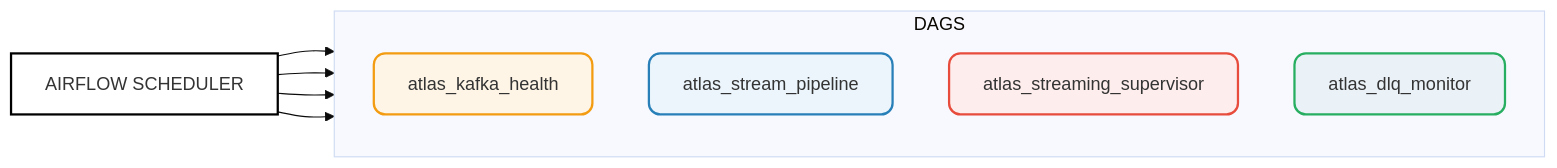
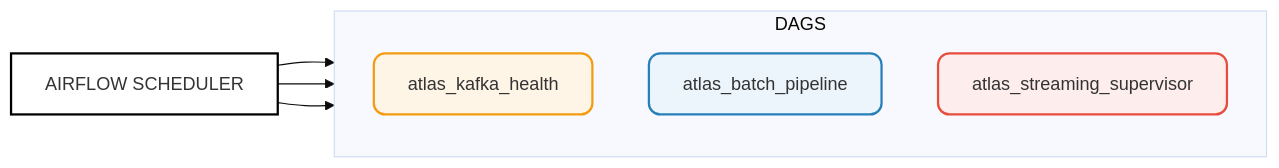
One commit to neithium/ATLAS changed the second of 2 diagrams in docs/Streaming/README.md. Above: the diagram before and after it, drawn with Mermaid (base theme). The commit also changed other lines of this file and 1 other file, not shown here.

````diff
--- a/docs/Streaming/README.md
+++ b/docs/Streaming/README.md
@@ -89,27 +90,23 @@
 ```mermaid
 graph LR
     subgraph DAGS [DAGS]
         direction TB
         dag1["atlas_kafka_health"]
-        dag2["atlas_stream_pipeline"]
+        dag2["atlas_batch_pipeline"]
         dag3["atlas_streaming_supervisor"]
-        dag4["atlas_dlq_monitor"]
     end
     
     Scheduler["AIRFLOW SCHEDULER"] --> dag1
     Scheduler --> dag2
     Scheduler --> dag3
-    Scheduler --> dag4
 
     classDef sched fill:#ffffff,stroke:#000000,stroke-width:2px;
     classDef health fill:#fef5e7,stroke:#f39c12,stroke-width:2px,rx:10px,ry:10px;
     classDef stream fill:#ebf5fb,stroke:#2980b9,stroke-width:2px,rx:10px,ry:10px;
     classDef supervisor fill:#fdedec,stroke:#e74c3c,stroke-width:2px,rx:10px,ry:10px;
-    classDef dlq fill:#eaf2f8,stroke:#27ae60,stroke-width:2px,rx:10px,ry:10px;
     
     class Scheduler sched;
     class dag1 health;
     class dag2 stream;
     class dag3 supervisor;
-    class dag4 dlq;
 ```
````
